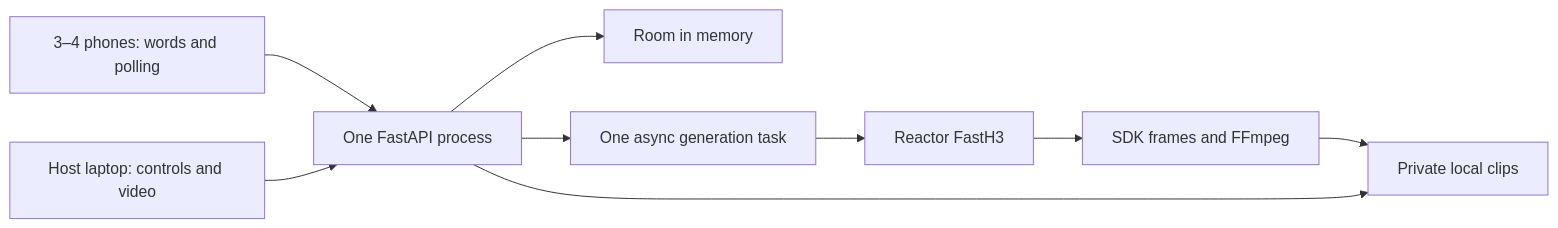
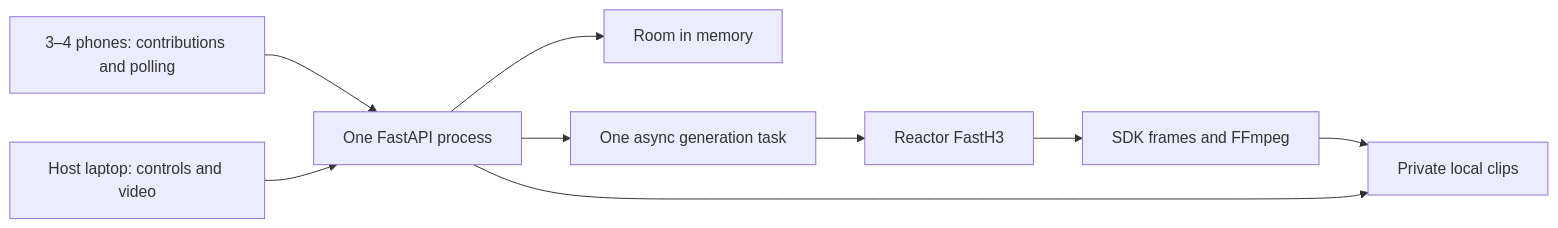
The diagram in docs/games/word-by-word/tech-stack.md (CoralLeiCN/VIbeParty), drawn with Mermaid before and after one commit. The commit also changed other lines of this file and 6 other files, not shown here.

````diff
--- a/docs/games/word-by-word/tech-stack.md
+++ b/docs/games/word-by-word/tech-stack.md
@@ -35,11 +35,11 @@
 ```mermaid
 flowchart LR
-    Phones[3–4 phones: words and polling] --> App[One FastAPI process]
+    Phones[3–4 phones: contributions and polling] --> App[One FastAPI process]
     Host[Host laptop: controls and video] --> App
     App --> State[Room in memory]
     App --> Task[One async generation task]
     Task --> Reactor[Reactor FastH3]
     Reactor --> Capture[SDK frames and FFmpeg]
     Capture --> Files[Private local clips]
     App --> Files
 ```
````
